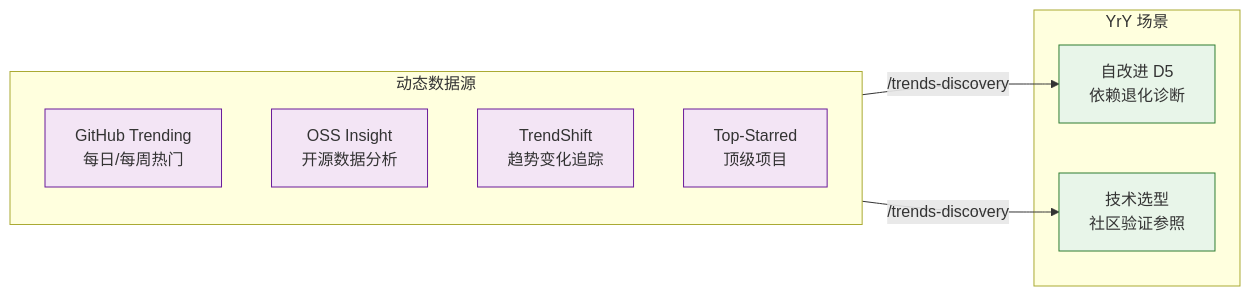
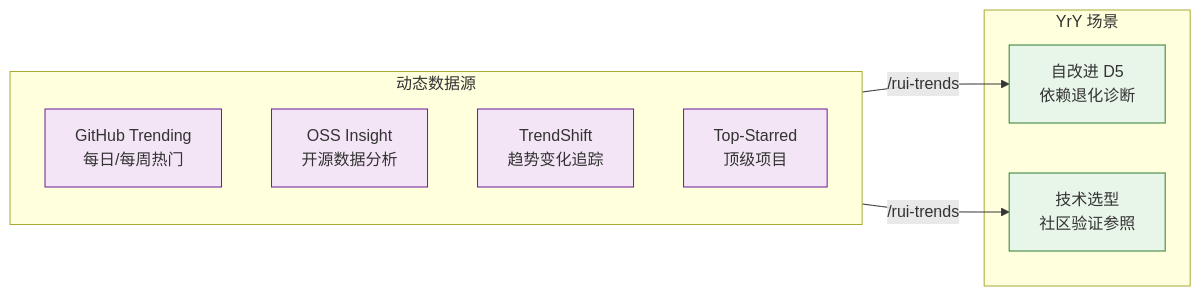
The diagram in libs/trends.md (effiy/YrY), drawn with Mermaid before and after one commit. The commit also changed other lines of this file and 19 other files, not shown here.

````diff
--- a/libs/trends.md
+++ b/libs/trends.md
@@ -5,16 +5,16 @@
 ```mermaid
 flowchart LR
     subgraph 外部["动态数据源"]
         GT["GitHub Trending<br/>每日/每周热门"]:::src
         OI["OSS Insight<br/>开源数据分析"]:::src
         TS["TrendShift<br/>趋势变化追踪"]:::src
         TSR["Top-Starred<br/>顶级项目"]:::src
     end
     subgraph YrY["YrY 场景"]
         Y1["自改进 D5<br/>依赖退化诊断"]:::yry
         Y2["技术选型<br/>社区验证参照"]:::yry
     end
-    外部 -->|"/trends-discovery"| Y1 & Y2
+    外部 -->|"/rui-trends"| Y1 & Y2
     classDef src fill:#f3e5f5,stroke:#6a1b9a;
     classDef yry fill:#e8f5e9,stroke:#2e7d32;
 ```
````
